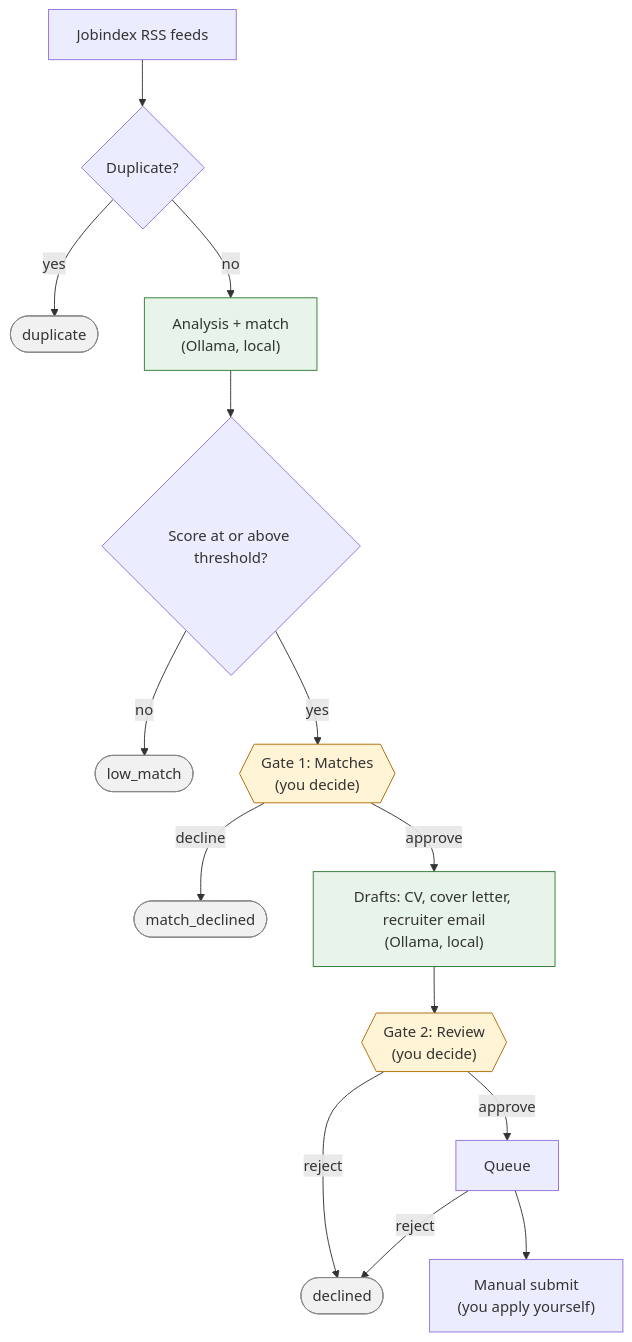
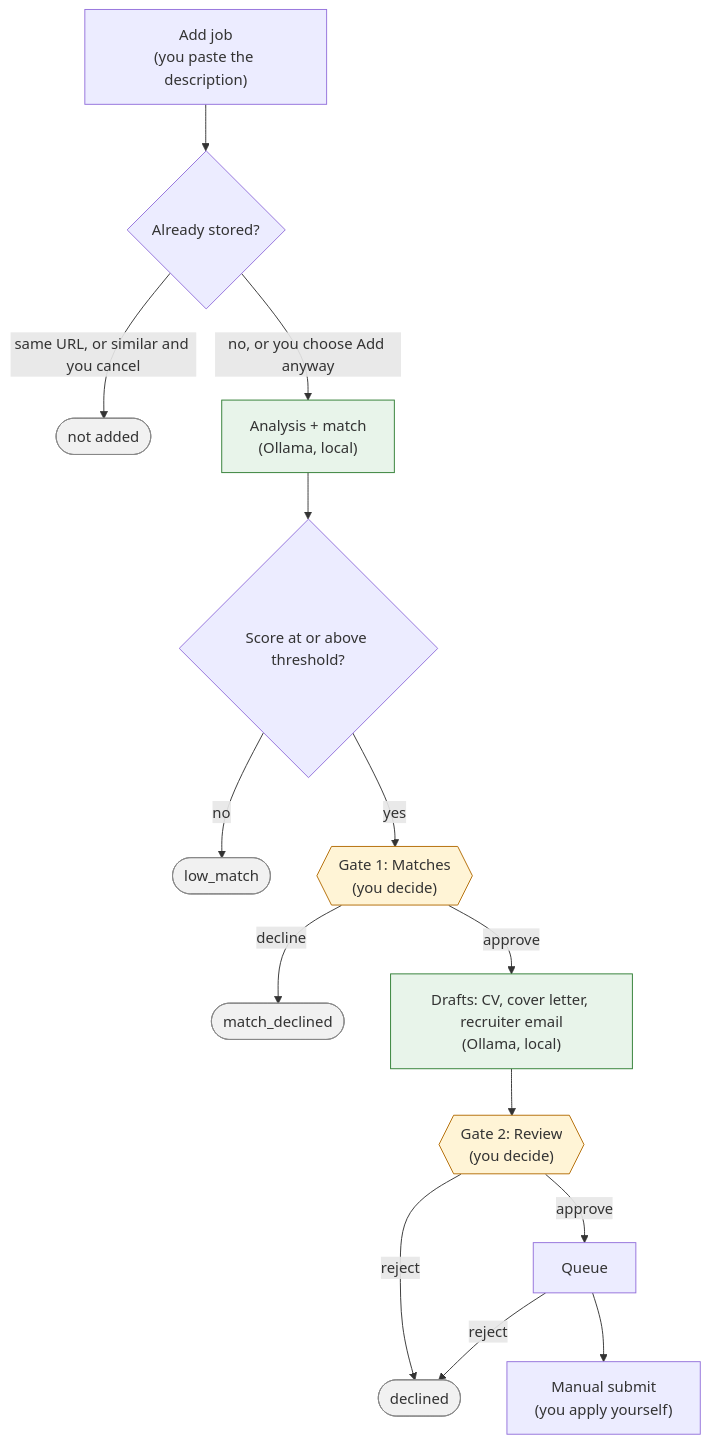
The diagram in README.md (mxbrumer/CV-Automation), drawn with Mermaid before and after one commit. The commit also changed other lines of this file and 58 other files, not shown here.

````diff
--- a/README.md
+++ b/README.md
@@ -32,22 +32,22 @@
 ```mermaid
 flowchart TD
-  feed["Jobindex RSS feeds"] --> dedup{"Duplicate?"}
-  dedup -- yes --> dup(["duplicate"])
-  dedup -- no --> analyse["Analysis + match<br/>(Ollama, local)"]
+  paste["Add job<br/>(you paste the description)"] --> dedup{"Already stored?"}
+  dedup -- "same URL, or similar and you cancel" --> dup(["not added"])
+  dedup -- "no, or you choose Add anyway" --> analyse["Analysis + match<br/>(Ollama, local)"]
   analyse --> thr{"Score at or above threshold?"}
   thr -- no --> low(["low_match"])
   thr -- yes --> g1{{"Gate 1: Matches<br/>(you decide)"}}
   g1 -- decline --> md(["match_declined"])
   g1 -- approve --> draft["Drafts: CV, cover letter, recruiter email<br/>(Ollama, local)"]
   draft --> g2{{"Gate 2: Review<br/>(you decide)"}}
   g2 -- reject --> dec(["declined"])
   g2 -- approve --> queue["Queue"]
   queue -- reject --> dec
   queue --> submit["Manual submit<br/>(you apply yourself)"]
   classDef local fill:#e8f4ea,stroke:#2e7d32
   classDef gate fill:#fff4d6,stroke:#b26a00
   classDef stop fill:#f1f1f1,stroke:#888
   class analyse,draft local
   class g1,g2 gate
   class dup,low,md,dec stop
 ```
````
